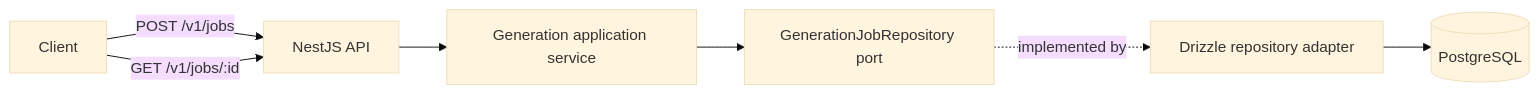
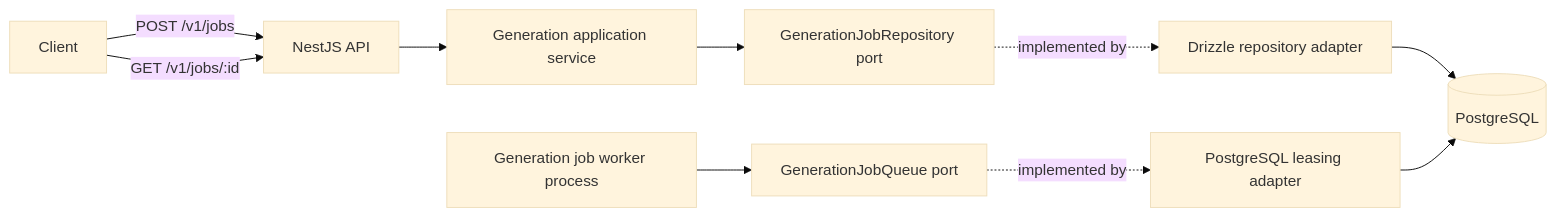
The diagram in docs/architecture/system.md (hyojii00/afds-generation-platform), drawn with Mermaid (base theme) before and after one commit. The commit also changed other lines of this file and 28 other files, not shown here.

````diff
--- a/docs/architecture/system.md
+++ b/docs/architecture/system.md
@@ -5,9 +5,12 @@
 ```mermaid
 flowchart LR
   Client -->|POST /v1/jobs| API[NestJS API]
   Client -->|GET /v1/jobs/:id| API
   API --> Application[Generation application service]
   Application --> Repository[GenerationJobRepository port]
   Repository -. implemented by .-> Adapter[Drizzle repository adapter]
   Adapter --> PostgreSQL[(PostgreSQL)]
+  Worker[Generation job worker process] --> Queue[GenerationJobQueue port]
+  Queue -. implemented by .-> Leasing[PostgreSQL leasing adapter]
+  Leasing --> PostgreSQL
 ```
````
